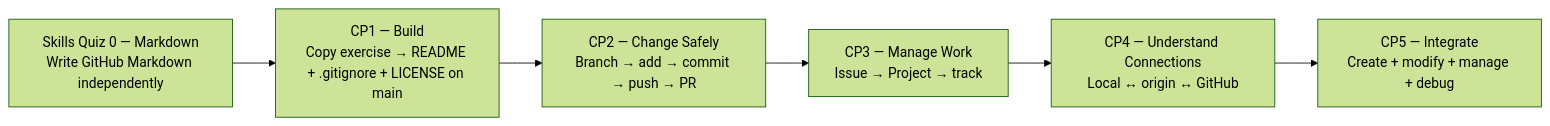
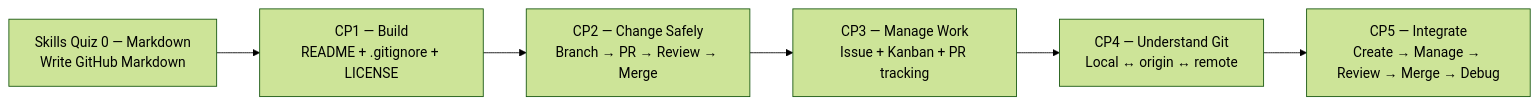
The diagram in README.md (KLIS-CS/GitHub-Foundations), drawn with Mermaid (forest theme) before and after one commit. The commit also changed other lines of this file, not shown here.

Commit message:
Align Foundations hub with CP1-CP5 workflows

````diff
--- a/README.md
+++ b/README.md
@@ -28,8 +28,8 @@
 ```mermaid
 flowchart LR
-    SQ0["Skills Quiz 0 — Markdown\nWrite GitHub Markdown independently"] --> CP1["CP1 — Build\nCopy exercise → README + .gitignore + LICENSE on main"]
-    CP1 --> CP2["CP2 — Change Safely\nBranch → add → commit → push → PR"]
-    CP2 --> CP3["CP3 — Manage Work\nIssue → Project → track"]
-    CP3 --> CP4["CP4 — Understand Connections\nLocal ↔ origin ↔ GitHub"]
-    CP4 --> CP5["CP5 — Integrate\nCreate + modify + manage + debug"]
+    SQ0["Skills Quiz 0 — Markdown\nWrite GitHub Markdown"] --> CP1["CP1 — Build\nREADME + .gitignore + LICENSE"]
+    CP1 --> CP2["CP2 — Change Safely\nBranch → PR → Review → Merge"]
+    CP2 --> CP3["CP3 — Manage Work\nIssue + Kanban + PR tracking"]
+    CP3 --> CP4["CP4 — Understand Git\nLocal ↔ origin ↔ remote"]
+    CP4 --> CP5["CP5 — Integrate\nCreate → Manage → Review → Merge → Debug"]
 ```
````
